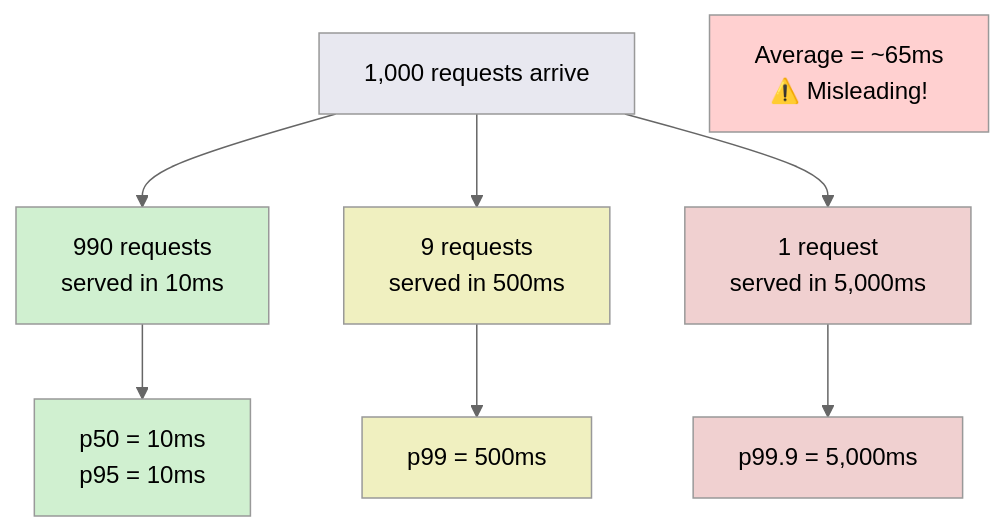
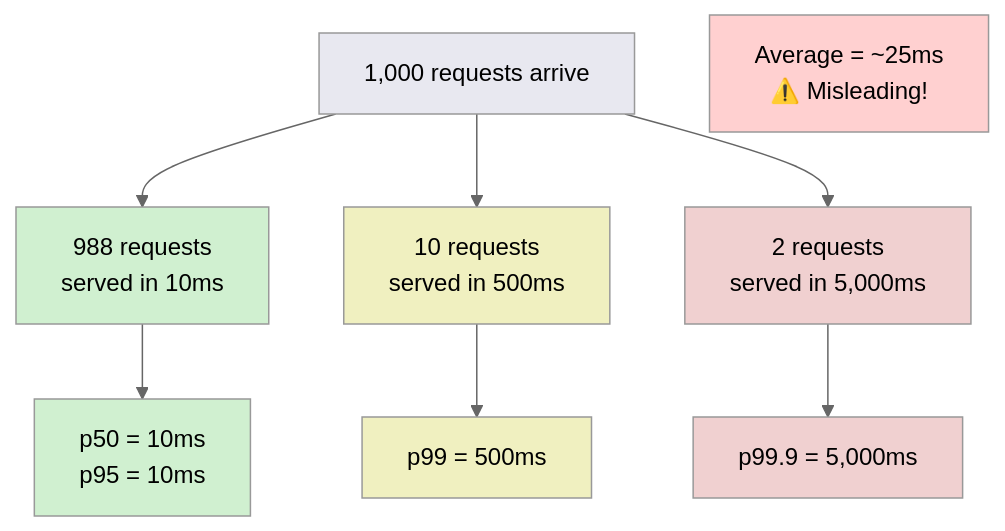
One commit to Ankan1998/learn-system-design changed the third of 4 diagrams in Level-00-Foundations/07-Latency-Throughput-Performance/README.md. Above: the diagram before and after it, drawn with Mermaid (neutral theme). The commit also changed other lines of this file and 139 other files, not shown here.

````diff
--- a/Level-00-Foundations/07-Latency-Throughput-Performance/README.md
+++ b/Level-00-Foundations/07-Latency-Throughput-Performance/README.md
@@ -178,21 +178,21 @@
 ```mermaid
 graph TD
-    A["1,000 requests arrive"] --> B["990 requests<br/>served in 10ms"]
-    A --> C["9 requests<br/>served in 500ms"]
-    A --> D["1 request<br/>served in 5,000ms"]
+    A["1,000 requests arrive"] --> B["988 requests<br/>served in 10ms"]
+    A --> C["10 requests<br/>served in 500ms"]
+    A --> D["2 requests<br/>served in 5,000ms"]
 
     B --> E["p50 = 10ms<br/>p95 = 10ms"]
     C --> F["p99 = 500ms"]
     D --> G["p99.9 = 5,000ms"]
 
-    H["Average = ~65ms<br/>⚠️ Misleading!"]
+    H["Average = ~25ms<br/>⚠️ Misleading!"]
 
     style A fill:#e8e8f0,color:#000
     style B fill:#d0f0d0,color:#000
     style C fill:#f0f0c0,color:#000
     style D fill:#f0d0d0,color:#000
     style E fill:#d0f0d0,color:#000
     style F fill:#f0f0c0,color:#000
     style G fill:#f0d0d0,color:#000
     style H fill:#ffd0d0,color:#000
 ```
````
